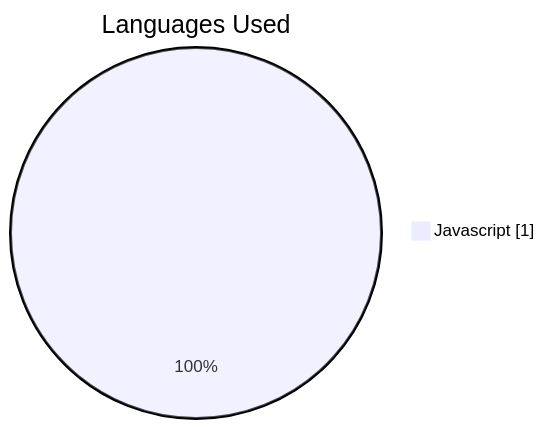
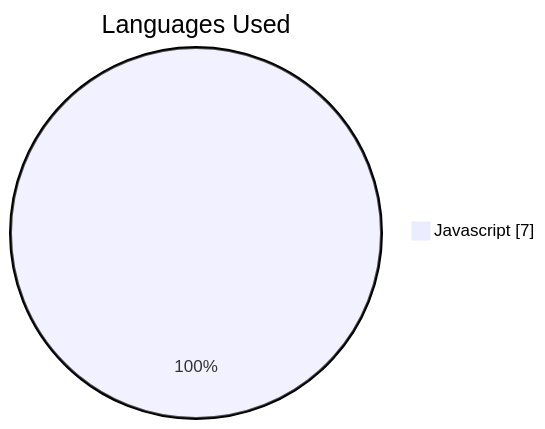
The second of 6 diagrams in README.md (JakubPawinski/gitcode-solutions), drawn with Mermaid before and after one commit. The commit also changed other lines of this file, not shown here.

````diff
--- a/README.md
+++ b/README.md
@@ -122,5 +124,5 @@
 ```mermaid
 pie showData
     title Languages Used
-    "Javascript" : 1
+    "Javascript" : 7
 ```
````
